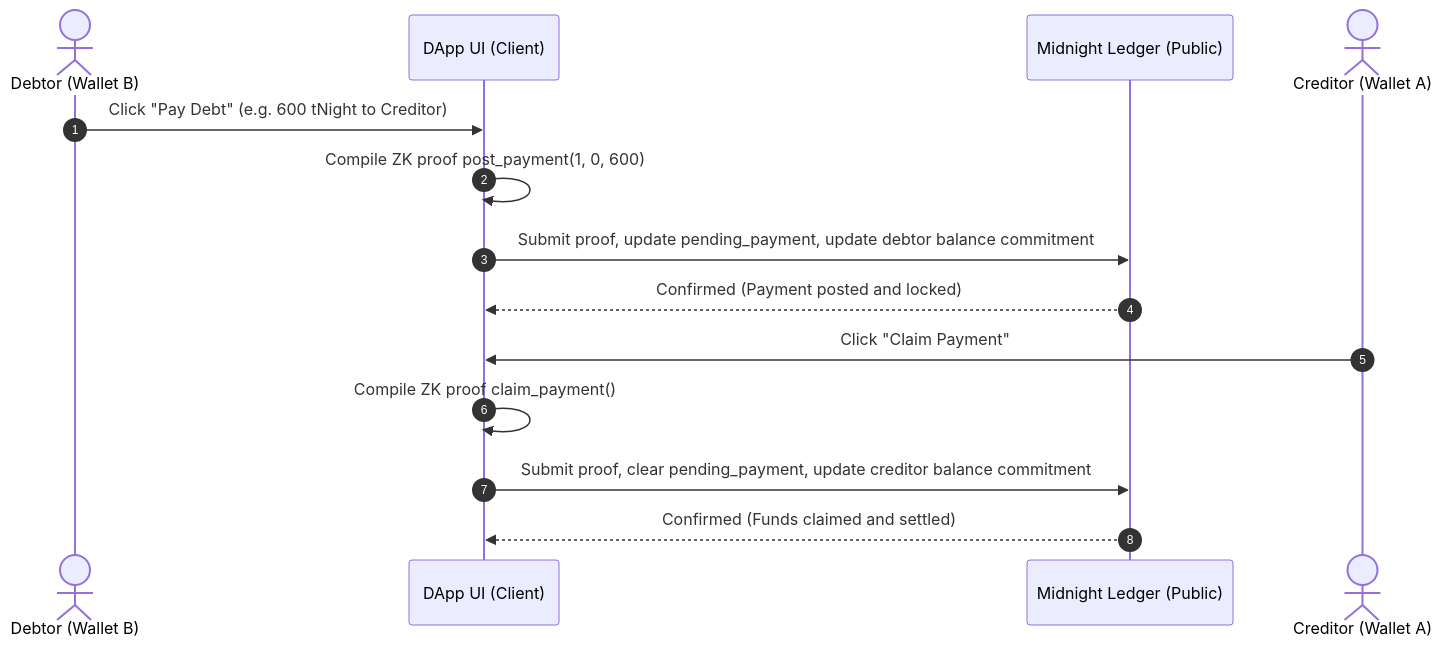
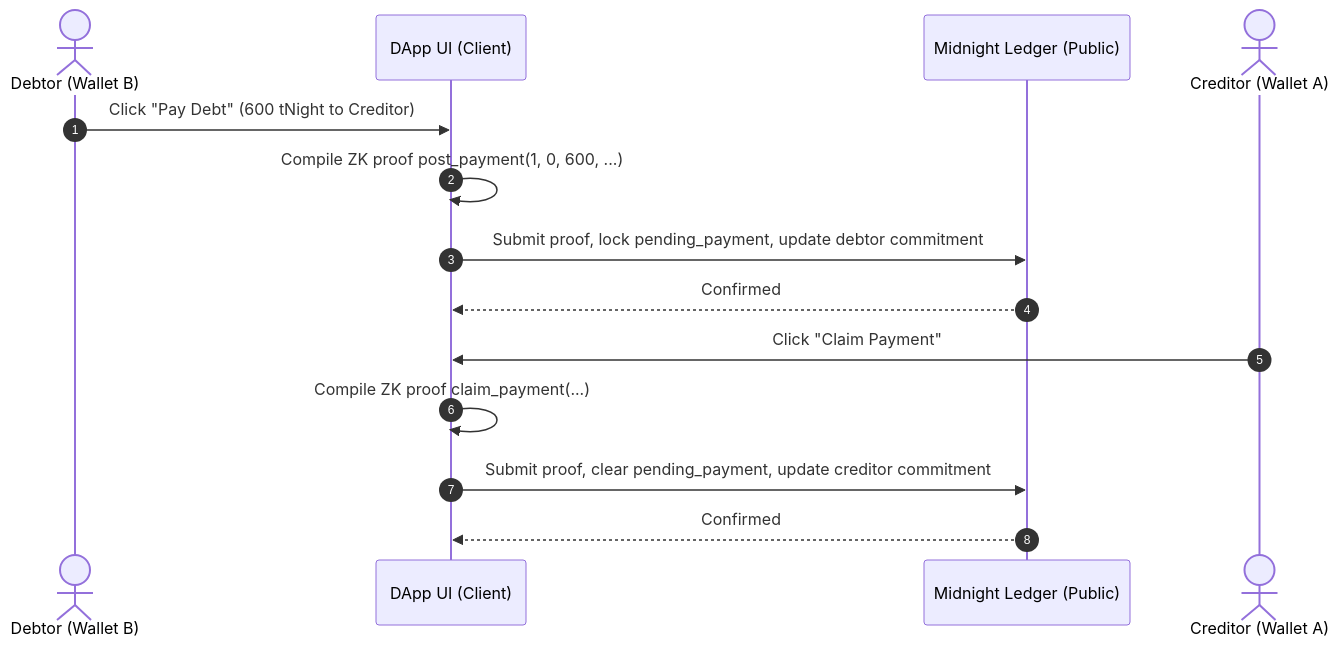
Before and after one commit to sylvia-barick/midlev4: the fourth of 5 diagrams in README.md, drawn with Mermaid. The commit also changed other lines of this file and 15 other files, not shown here.

````diff
--- a/README.md
+++ b/README.md
@@ -113,18 +161,17 @@
 ```mermaid
 sequenceDiagram
   autonumber
   actor Debtor as Debtor (Wallet B)
   participant UI as DApp UI (Client)
   participant Ledger as Midnight Ledger (Public)
   actor Creditor as Creditor (Wallet A)
 
-  Debtor->>UI: Click "Pay Debt" (e.g. 600 tNight to Creditor)
-  UI->>UI: Compile ZK proof post_payment(1, 0, 600)
-  UI->>Ledger: Submit proof, update pending_payment, update debtor balance commitment
-  Ledger-->>UI: Confirmed (Payment posted and locked)
-  
+  Debtor->>UI: Click "Pay Debt" (600 tNight to Creditor)
+  UI->>UI: Compile ZK proof post_payment(1, 0, 600, ...)
+  UI->>Ledger: Submit proof, lock pending_payment, update debtor commitment
+  Ledger-->>UI: Confirmed
   Creditor->>UI: Click "Claim Payment"
-  UI->>UI: Compile ZK proof claim_payment()
-  UI->>Ledger: Submit proof, clear pending_payment, update creditor balance commitment
-  Ledger-->>UI: Confirmed (Funds claimed and settled)
+  UI->>UI: Compile ZK proof claim_payment(...)
+  UI->>Ledger: Submit proof, clear pending_payment, update creditor commitment
+  Ledger-->>UI: Confirmed
 ```
````
